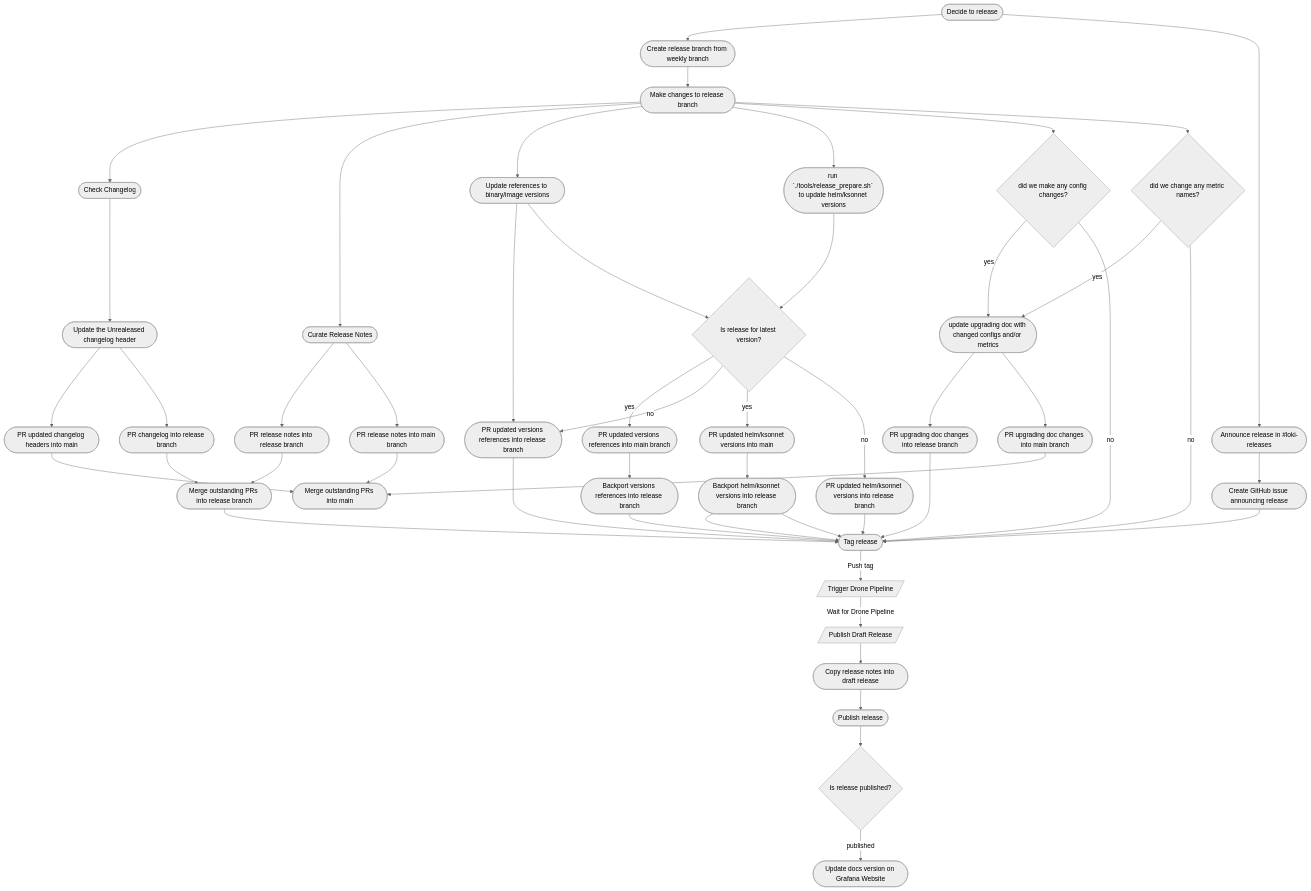
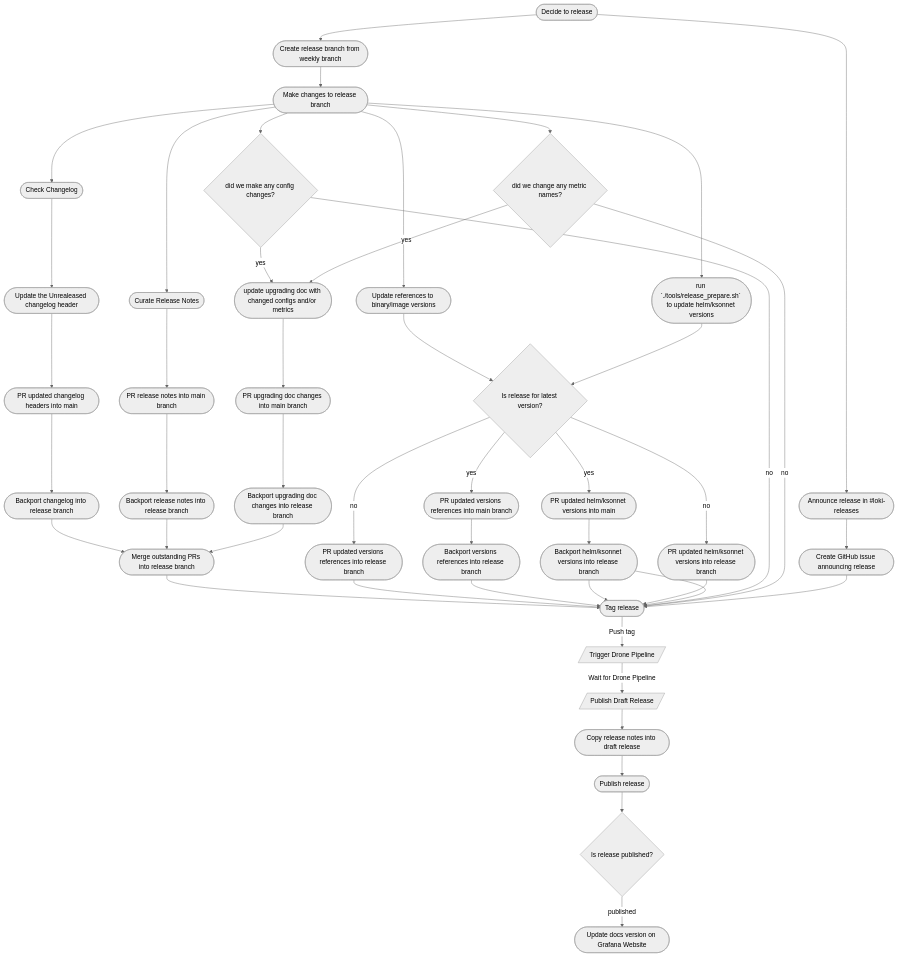
The second of 3 diagrams in loki-legacy-workflow.md (grafana/loki-release), drawn with Mermaid (neutral theme) before and after one commit.

Commit message:
Update loki-legacy-workflow.md
clean up workflow back inlining backports

````diff
--- a/loki-legacy-workflow.md
+++ b/loki-legacy-workflow.md
@@ -21,62 +21,58 @@
 ```mermaid
 graph TD;
     start([Decide to release]) --> branch([Create release branch from weekly branch]);
     start --> announce([Announce release in #loki-releases]);
     announce --> issue([Create GitHub issue announcing release]);
     branch --> changes([Make changes to release branch]);
 
     changes --> checkChangelog([Check Changelog]);
     checkChangelog --> changelogHeader([Update the Unrealeased changelog header]);
     changelogHeader --> changelogMain([PR updated changelog headers into main]);
-    changelogHeader --> prChangelog([PR changelog into release branch]);
-    prChangelog --> mergePRs([Merge outstanding PRs into release branch]);
-    changelogMain --> mergeMainPRs([Merge outstanding PRs into main]);
+    changelogMain --> backportChangelog([Backport changelog into release branch]);
+    backportChangelog --> mergePRs([Merge outstanding PRs into release branch]);
 
     changes --> releaseNotes([Curate Release Notes]);
-    releaseNotes --> prReleaseNotes([PR release notes into release branch]);
-    releaseNotes --> prReleaseNotesMain([PR release notes into main branch]);
-    prReleaseNotesMain --> mergeMainPRs;
-    prReleaseNotes --> mergePRs;
+    releaseNotes --> prReleaseNotes([PR release notes into main branch]);
+    prReleaseNotes --> backportReleaseNotes([Backport release notes into release branch]);
+    backportReleaseNotes --> mergePRs;
 
     mergePRs --> tag([Tag release]);
 
     changes --> binaryVersions([Update references to binary/image versions]);
-    binaryVersions --> prVersions([PR updated versions references into release branch]);
     binaryVersions --> isLatestVersion{Is release for latest version?};
     isLatestVersion --> |yes| prVersionsMain([PR updated versions references into main branch]);
     prVersionsMain --> backportVersion([Backport versions references into release branch]);
     isLatestVersion --> |no| prVersions([PR updated versions references into release branch]);
     prVersions --> tag;
     backportVersion --> tag;
 
 
     changes --> helmKsonnetVersions([run `./tools/release_prepare.sh` to update helm/ksonnet versions]);
     helmKsonnetVersions --> isLatestVersion;
     isLatestVersion --> |yes| prHelmKsonnetMain([PR updated helm/ksonnet versions into main]);
     prHelmKsonnetMain --> backportHelmKsonnet([Backport helm/ksonnet versions into release branch]);
     backportHelmKsonnet --> tag;
     isLatestVersion --> |no| prHelmKsonnet([PR updated helm/ksonnet versions into release branch]);
     prHelmKsonnet --> tag;
     backportHelmKsonnet --> tag;
 
     changes --> checkConfigs{did we make any config changes?};
     checkConfigs --> |yes| updateUpgradingDoc([update upgrading doc with changed configs and/or metrics]);
     checkConfigs --> |no| tag;
-    updateUpgradingDoc --> prUpgradingDoc([PR upgrading doc changes into release branch]);
-    updateUpgradingDoc --> prUpgradingDocMain([PR upgrading doc changes into main branch]);
-    prUpgradingDocMain --> mergeMainPRs;
-    prUpgradingDoc --> tag;
+    updateUpgradingDoc --> prUpgradingDoc([PR upgrading doc changes into main branch]);
+    prUpgradingDoc --> backportUpgradingDoc([Backport upgrading doc changes into release branch]);
+    backportUpgradingDoc --> mergePRs;
 
     changes --> checkMetrics{did we change any metric names?};
     checkMetrics --> |yes| updateUpgradingDoc;
     checkMetrics --> |no| tag;
 
     issue --> tag;
 
     tag --> |Push tag| drone[/Trigger Drone Pipeline/];
     drone --> |Wait for Drone Pipeline| draftRelease[/Publish Draft Release/];
     draftRelease --> copyReleaseNotes([Copy release notes into draft release]);
     copyReleaseNotes --> publish([Publish release]);
     publish --> waitForPublish{Is release published?};
     waitForPublish --> |published| versionDocsWebsite([Update docs version on Grafana Website]);
 ```
````
